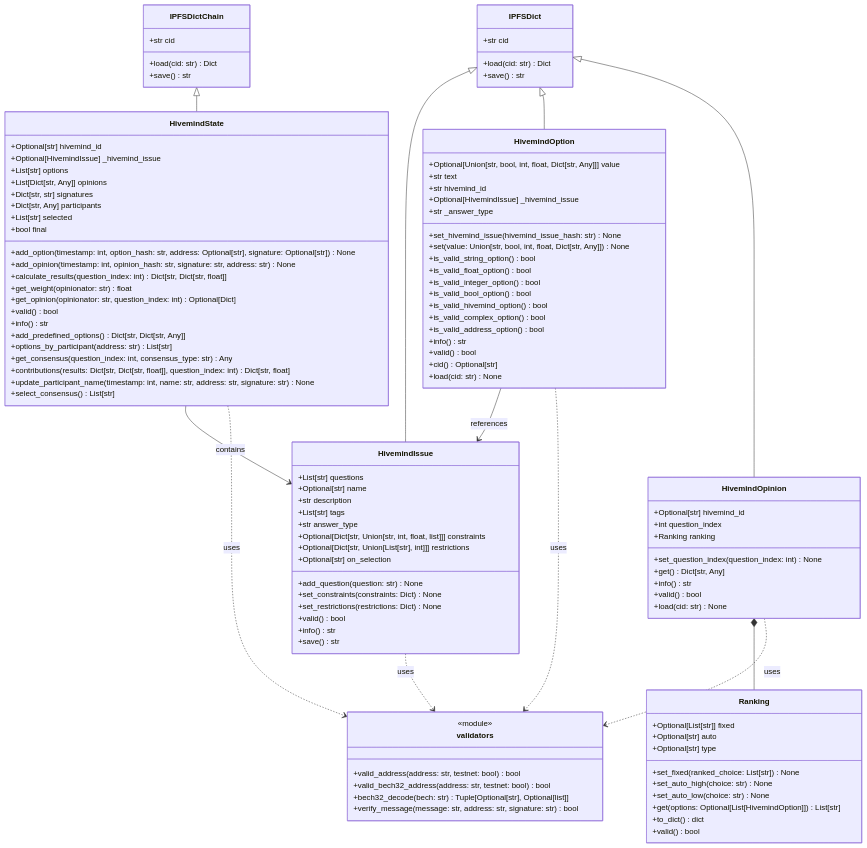
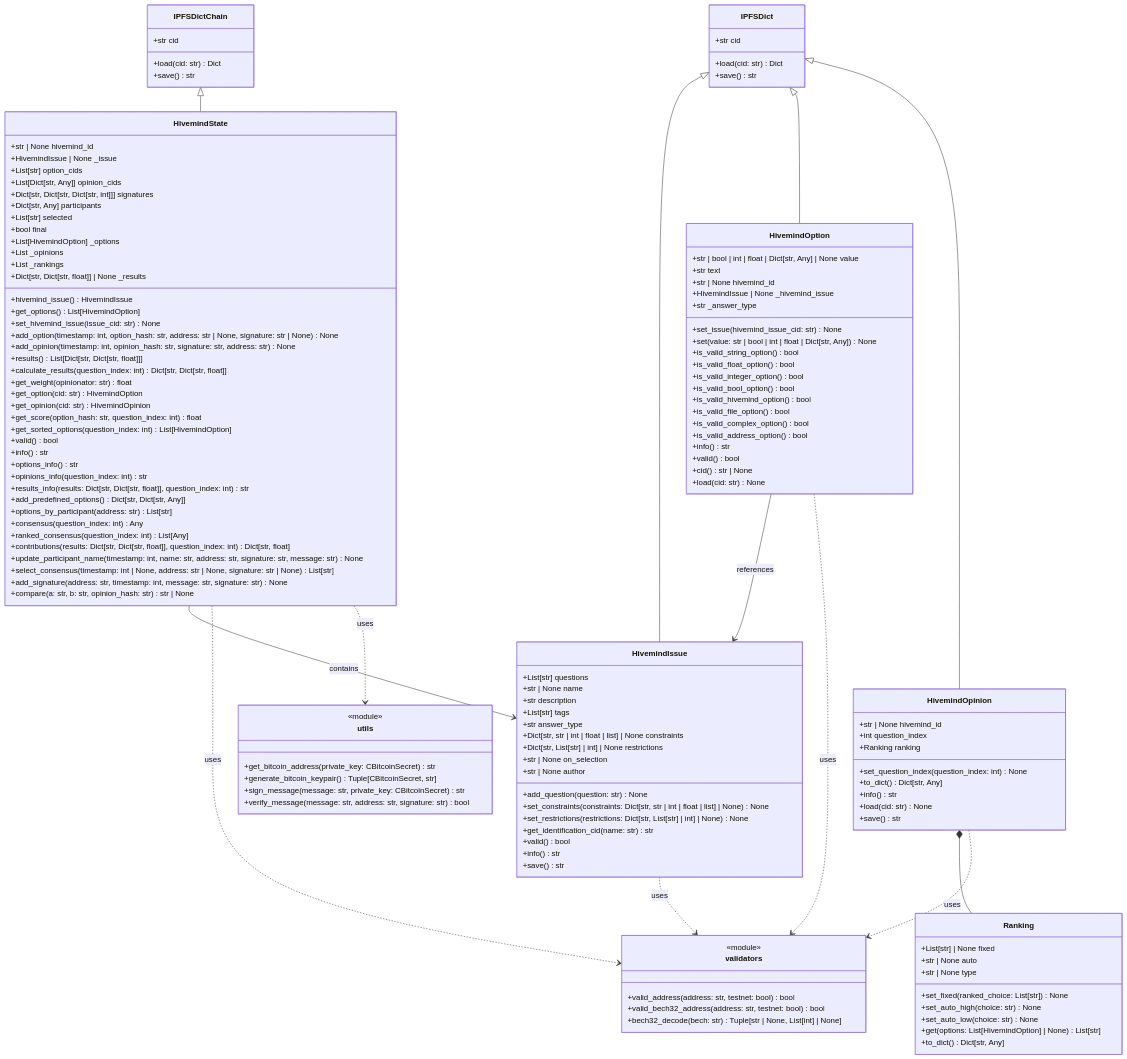
The diagram in diagrams/class_diagram.md (ValyrianTech/hivemind-python), drawn with Mermaid before and after one commit.

Commit message:
update class_diagram

```diff
--- a/diagrams/class_diagram.md
+++ b/diagrams/class_diagram.md
@@ -14,94 +14,120 @@
     
     class HivemindIssue {
         +List[str] questions
-        +Optional[str] name
+        +str | None name
         +str description
         +List[str] tags
         +str answer_type
-        +Optional[Dict[str, Union[str, int, float, list]]] constraints
-        +Optional[Dict[str, Union[List[str], int]]] restrictions
-        +Optional[str] on_selection
+        +Dict[str, str | int | float | list] | None constraints
+        +Dict[str, List[str] | int] | None restrictions
+        +str | None on_selection
+        +str | None author
         +add_question(question: str) None
-        +set_constraints(constraints: Dict) None
-        +set_restrictions(restrictions: Dict) None
+        +set_constraints(constraints: Dict[str, str | int | float | list] | None) None
+        +set_restrictions(restrictions: Dict[str, List[str] | int] | None) None
+        +get_identification_cid(name: str) str
         +valid() bool
         +info() str
         +save() str
     }
     
     class HivemindOption {
-        +Optional[Union[str, bool, int, float, Dict[str, Any]]] value
+        +str | bool | int | float | Dict[str, Any] | None value
         +str text
-        +str hivemind_id
-        +Optional[HivemindIssue] _hivemind_issue
+        +str | None hivemind_id
+        +HivemindIssue | None _hivemind_issue
         +str _answer_type
-        +set_hivemind_issue(hivemind_issue_hash: str) None
-        +set(value: Union[str, bool, int, float, Dict[str, Any]]) None
+        +set_issue(hivemind_issue_cid: str) None
+        +set(value: str | bool | int | float | Dict[str, Any]) None
         +is_valid_string_option() bool
         +is_valid_float_option() bool
         +is_valid_integer_option() bool
         +is_valid_bool_option() bool
         +is_valid_hivemind_option() bool
+        +is_valid_file_option() bool
         +is_valid_complex_option() bool
         +is_valid_address_option() bool
         +info() str
         +valid() bool
-        +cid() Optional[str]
+        +cid() str | None
         +load(cid: str) None
     }
     
     class HivemindOpinion {
-        +Optional[str] hivemind_id
+        +str | None hivemind_id
         +int question_index
         +Ranking ranking
         +set_question_index(question_index: int) None
-        +get() Dict[str, Any]
+        +to_dict() Dict[str, Any]
         +info() str
-        +valid() bool
         +load(cid: str) None
+        +save() str
     }
     
     class Ranking {
-        +Optional[List[str]] fixed
-        +Optional[str] auto
-        +Optional[str] type
+        +List[str] | None fixed
+        +str | None auto
+        +str | None type
         +set_fixed(ranked_choice: List[str]) None
         +set_auto_high(choice: str) None
         +set_auto_low(choice: str) None
-        +get(options: Optional[List[HivemindOption]]) List[str]
-        +to_dict() dict
-        +valid() bool
+        +get(options: List[HivemindOption] | None) List[str]
+        +to_dict() Dict[str, Any]
     }
     
     class HivemindState {
-        +Optional[str] hivemind_id
-        +Optional[HivemindIssue] _hivemind_issue
-        +List[str] options
-        +List[Dict[str, Any]] opinions
-        +Dict[str, str] signatures
+        +str | None hivemind_id
+        +HivemindIssue | None _issue
+        +List[str] option_cids
+        +List[Dict[str, Any]] opinion_cids
+        +Dict[str, Dict[str, Dict[str, int]]] signatures
         +Dict[str, Any] participants
         +List[str] selected
         +bool final
-        +add_option(timestamp: int, option_hash: str, address: Optional[str], signature: Optional[str]) None
+        +List[HivemindOption] _options
+        +List _opinions
+        +List _rankings
+        +Dict[str, Dict[str, float]] | None _results
+        +hivemind_issue() HivemindIssue
+        +get_options() List[HivemindOption]
+        +set_hivemind_issue(issue_cid: str) None
+        +add_option(timestamp: int, option_hash: str, address: str | None, signature: str | None) None
         +add_opinion(timestamp: int, opinion_hash: str, signature: str, address: str) None
+        +results() List[Dict[str, Dict[str, float]]]
         +calculate_results(question_index: int) Dict[str, Dict[str, float]]
         +get_weight(opinionator: str) float
-        +get_opinion(opinionator: str, question_index: int) Optional[Dict]
+        +get_option(cid: str) HivemindOption
+        +get_opinion(cid: str) HivemindOpinion
+        +get_score(option_hash: str, question_index: int) float
+        +get_sorted_options(question_index: int) List[HivemindOption]
         +valid() bool
         +info() str
+        +options_info() str
+        +opinions_info(question_index: int) str
+        +results_info(results: Dict[str, Dict[str, float]], question_index: int) str
         +add_predefined_options() Dict[str, Dict[str, Any]]
         +options_by_participant(address: str) List[str]
-        +get_consensus(question_index: int, consensus_type: str) Any
+        +consensus(question_index: int) Any
+        +ranked_consensus(question_index: int) List[Any]
         +contributions(results: Dict[str, Dict[str, float]], question_index: int) Dict[str, float]
-        +update_participant_name(timestamp: int, name: str, address: str, signature: str) None
-        +select_consensus() List[str]
+        +update_participant_name(timestamp: int, name: str, address: str, signature: str, message: str) None
+        +select_consensus(timestamp: int | None, address: str | None, signature: str | None) List[str]
+        +add_signature(address: str, timestamp: int, message: str, signature: str) None
+        +compare(a: str, b: str, opinion_hash: str) str | None
     }
 
     class validators {
         <<module>>
         +valid_address(address: str, testnet: bool) bool
         +valid_bech32_address(address: str, testnet: bool) bool
-        +bech32_decode(bech: str) Tuple[Optional[str], Optional[list]]
+        +bech32_decode(bech: str) Tuple[str | None, List[int] | None]
+    }
+    
+    class utils {
+        <<module>>
+        +get_bitcoin_address(private_key: CBitcoinSecret) str
+        +generate_bitcoin_keypair() Tuple[CBitcoinSecret, str]
+        +sign_message(message: str, private_key: CBitcoinSecret) str
         +verify_message(message: str, address: str, signature: str) bool
     }
     
@@ -113,6 +139,7 @@
     HivemindOption --> HivemindIssue : references
     HivemindState --> HivemindIssue : contains
     HivemindState ..> validators : uses
+    HivemindState ..> utils : uses
     HivemindOption ..> validators : uses
     HivemindOpinion ..> validators : uses
     HivemindIssue ..> validators : uses
```
